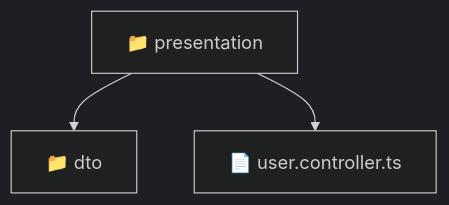
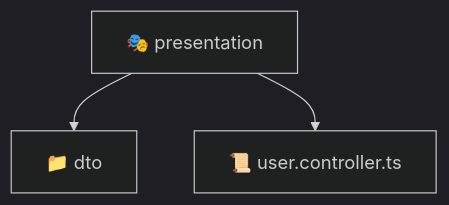
The diagram in backend/src/modules/user/presentation/README.md (beginwebdev2002/fullstack-mavluda), drawn with Mermaid (dark theme) before and after one commit. The commit also changed other lines of this file and 163 other files, not shown here.

````diff
--- a/backend/src/modules/user/presentation/README.md
+++ b/backend/src/modules/user/presentation/README.md
@@ -9,6 +9,6 @@
 ```mermaid
 graph TD
-  Root["📁 presentation"]
-  Root --> dto["📁 dto"]
-  Root --> user_controller_ts["📄 user.controller.ts"]
+  presentation["🎭 presentation"]
+  presentation --> dto["📁 dto"]
+  presentation --> user_controller_ts["📜 user.controller.ts"]
 ```
````
